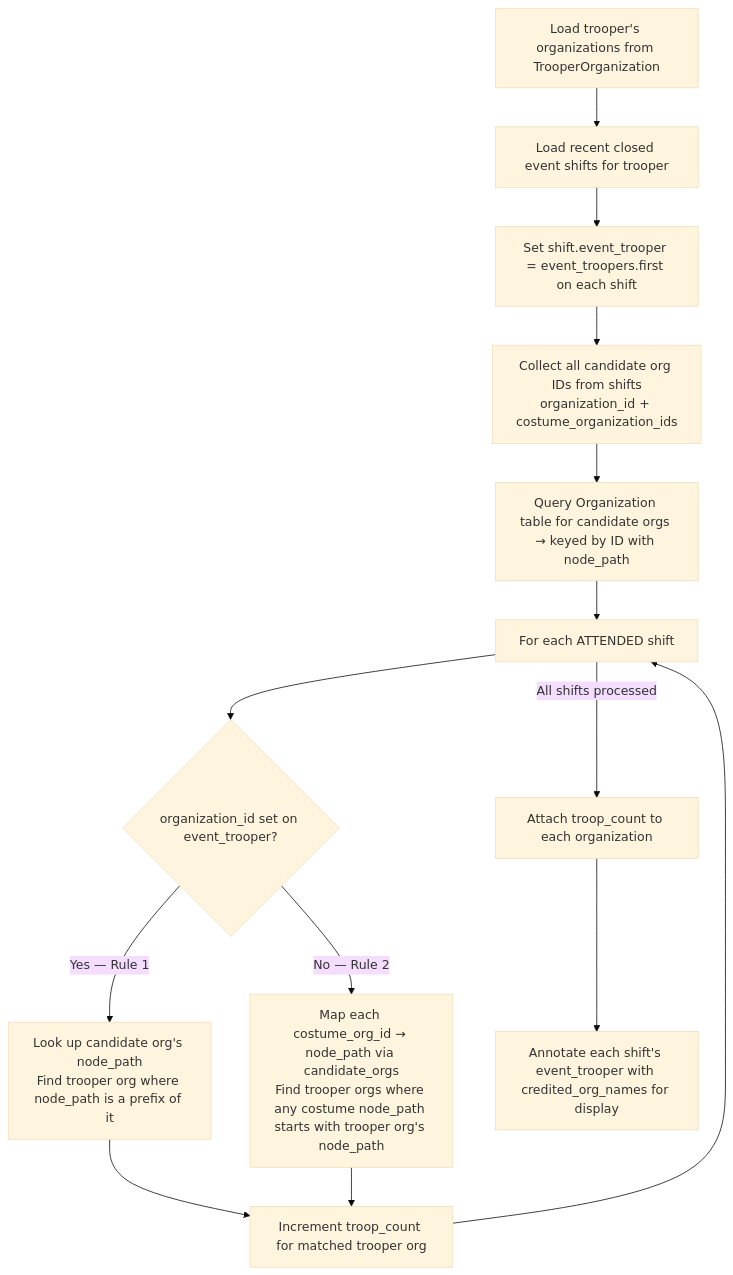
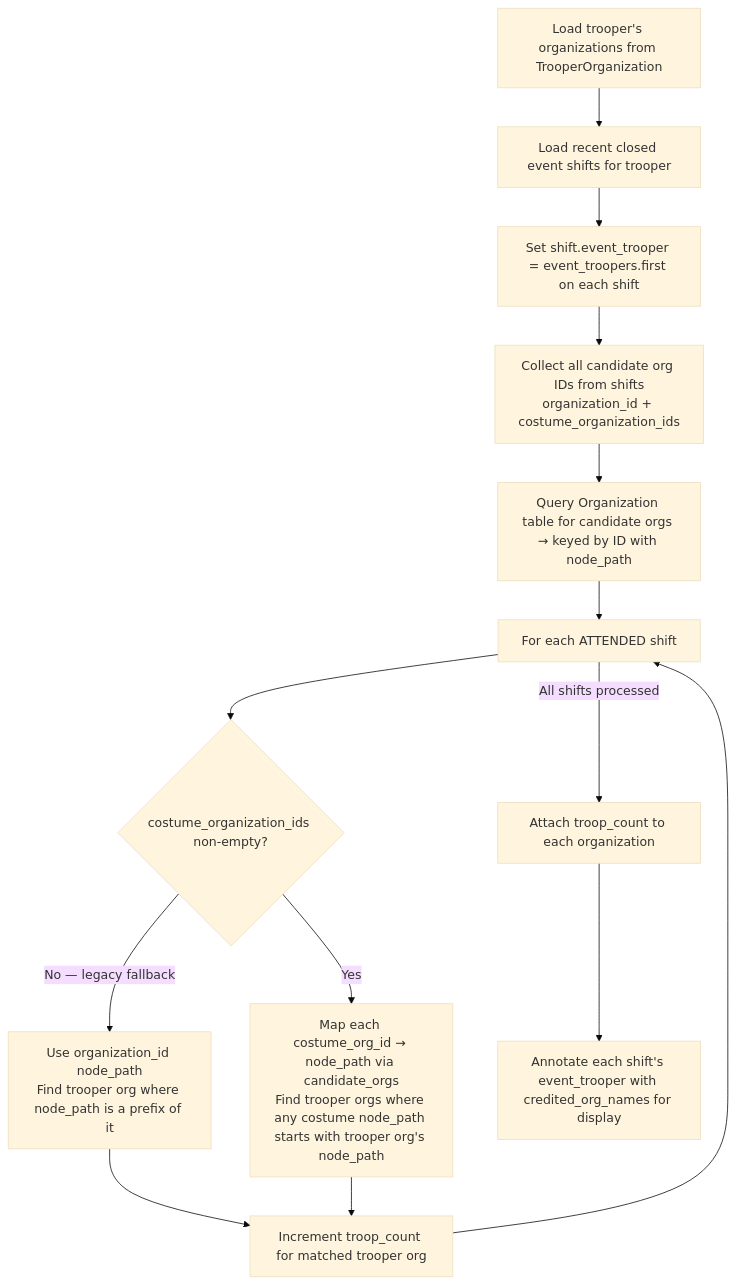
Before and after one commit to obsidianslicers/trooper-tracker: the fifth of 6 diagrams in docs/TROOP_CREDIT.md, drawn with Mermaid (base theme). The commit also changed other lines of this file and 38 other files, not shown here.

````diff
--- a/docs/TROOP_CREDIT.md
+++ b/docs/TROOP_CREDIT.md
@@ -122,16 +119,16 @@
 ```mermaid
 flowchart TD
     A[Load trooper's organizations from TrooperOrganization] --> B[Load recent closed event shifts for trooper]
     B --> C[Set shift.event_trooper = event_troopers.first on each shift]
     C --> D[Collect all candidate org IDs from shifts\norganization_id + costume_organization_ids]
     D --> E[Query Organization table for candidate orgs → keyed by ID with node_path]
     E --> F[For each ATTENDED shift]
-    F --> G{organization_id set on event_trooper?}
-    G -->|Yes — Rule 1| H[Look up candidate org's node_path\nFind trooper org where node_path is a prefix of it]
-    G -->|No — Rule 2| I[Map each costume_org_id → node_path via candidate_orgs\nFind trooper orgs where any costume node_path starts with trooper org's node_path]
+    F --> G{costume_organization_ids non-empty?}
+    G -->|Yes| I[Map each costume_org_id → node_path via candidate_orgs\nFind trooper orgs where any costume node_path starts with trooper org's node_path]
+    G -->|No — legacy fallback| H[Use organization_id node_path\nFind trooper org where node_path is a prefix of it]
     H --> J[Increment troop_count for matched trooper org]
     I --> J
     J --> F
     F -->|All shifts processed| K[Attach troop_count to each organization]
     K --> L[Annotate each shift's event_trooper with credited_org_names for display]
 ```
````
